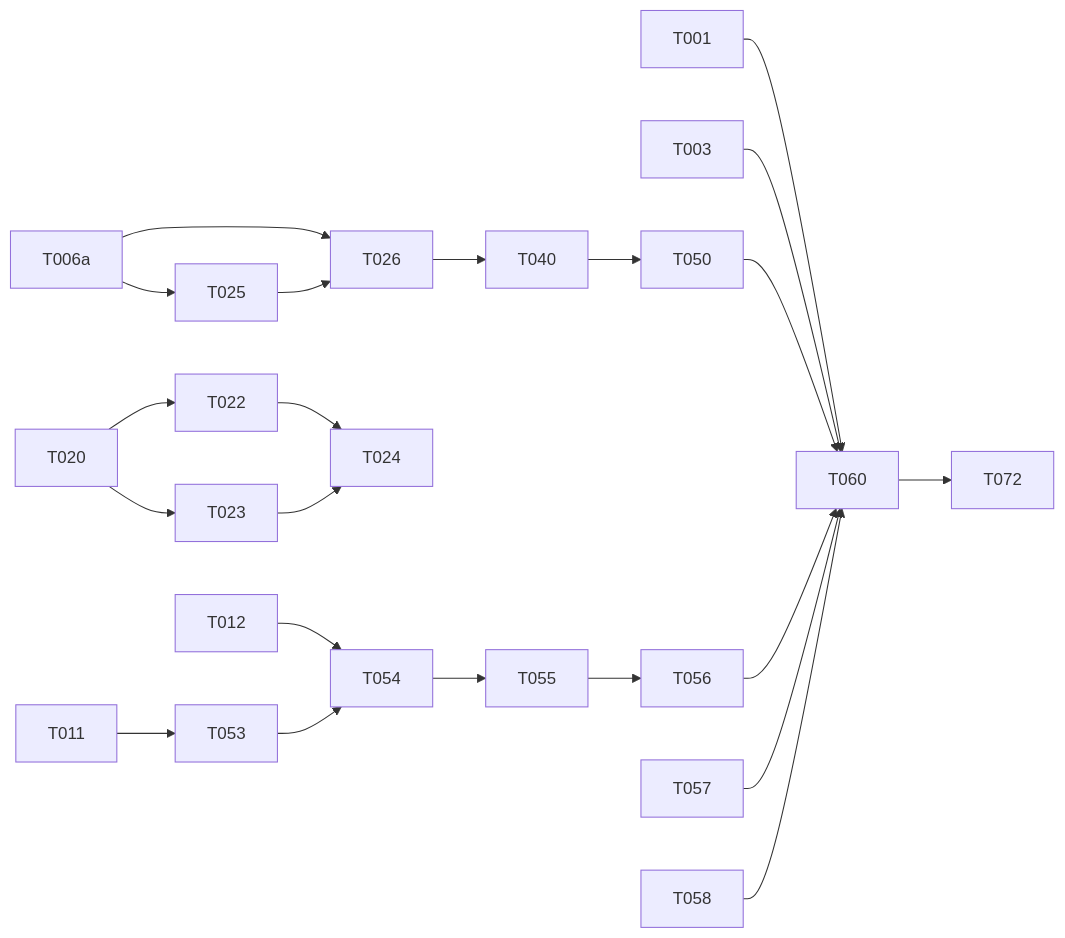
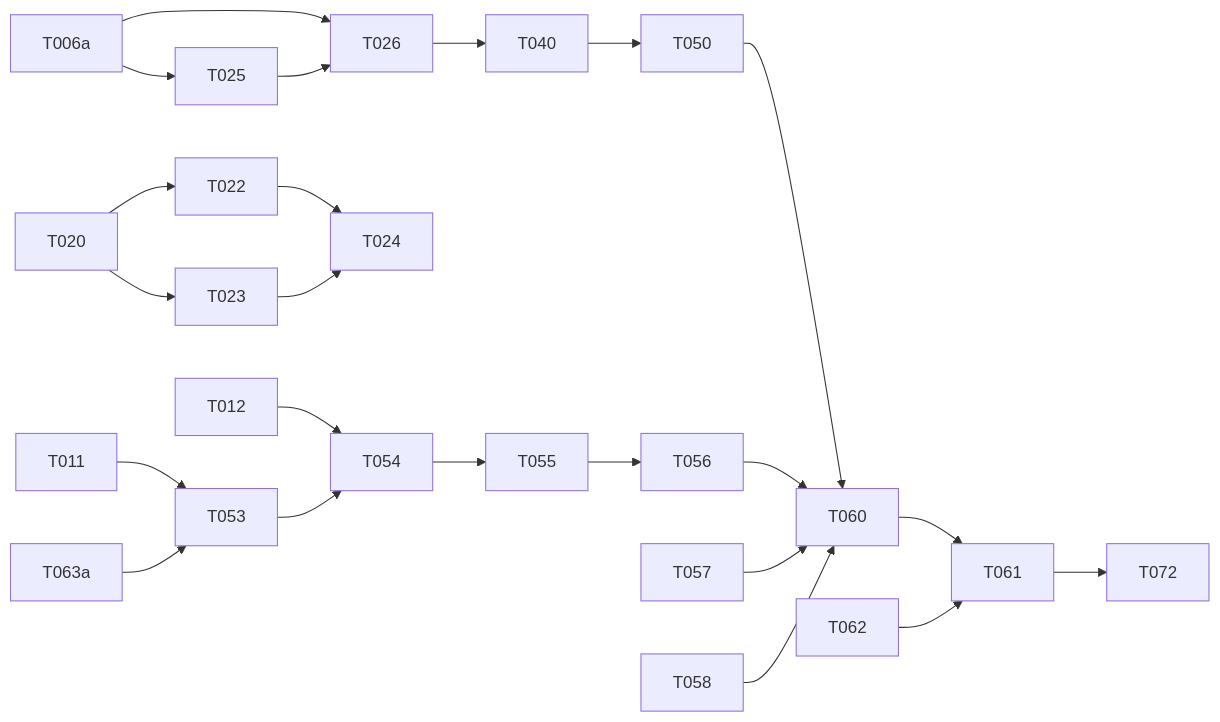
One commit to inq-o/phonedoctor changed the diagram in specs/001-mvp/tasks.md. Above: the diagram before and after it, drawn with Mermaid. The commit also changed other lines of this file, not shown here.

````diff
--- a/specs/001-mvp/tasks.md
+++ b/specs/001-mvp/tasks.md
@@ -106,14 +106,13 @@
 ```mermaid
 flowchart LR
-    T001 --> T060
-    T003 --> T060
     T011 --> T053
     T012 --> T054
     T020 --> T022 & T023
     T022 & T023 --> T024
     T006a --> T025 & T026
     T025 --> T026 --> T040 --> T050
     T053 --> T054 --> T055 --> T056
+    T063a --> T053
     T050 & T056 & T057 & T058 --> T060
-    T060 --> T072
+    T060 & T062 --> T061 --> T072
 ```
````
